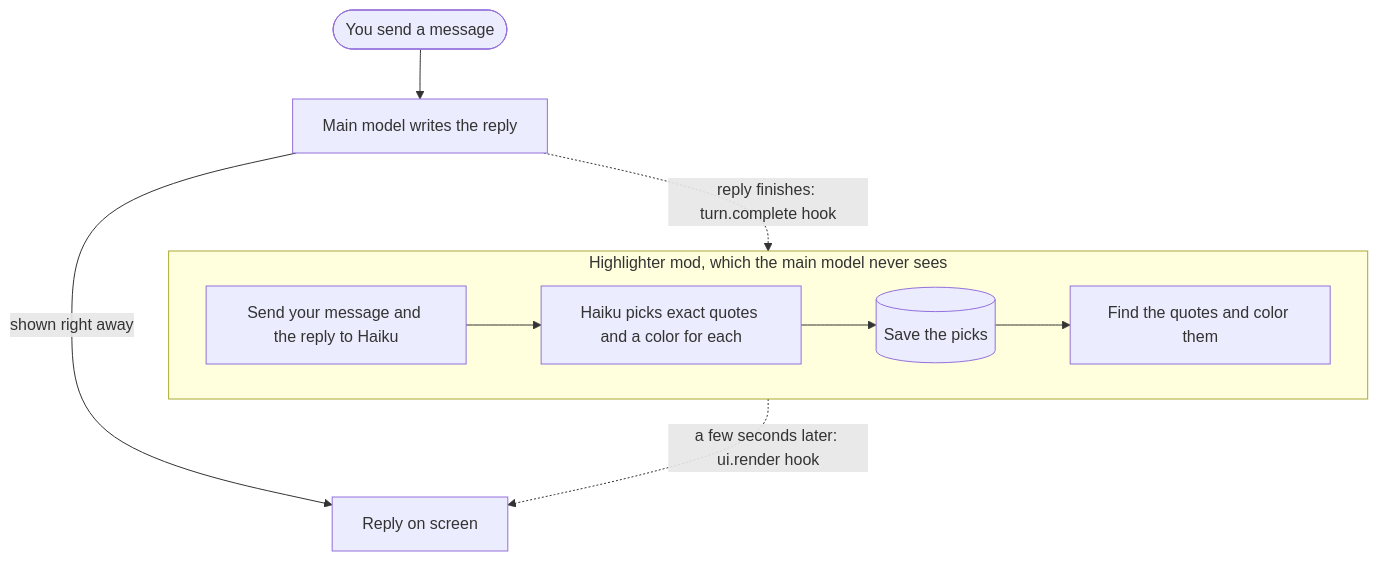
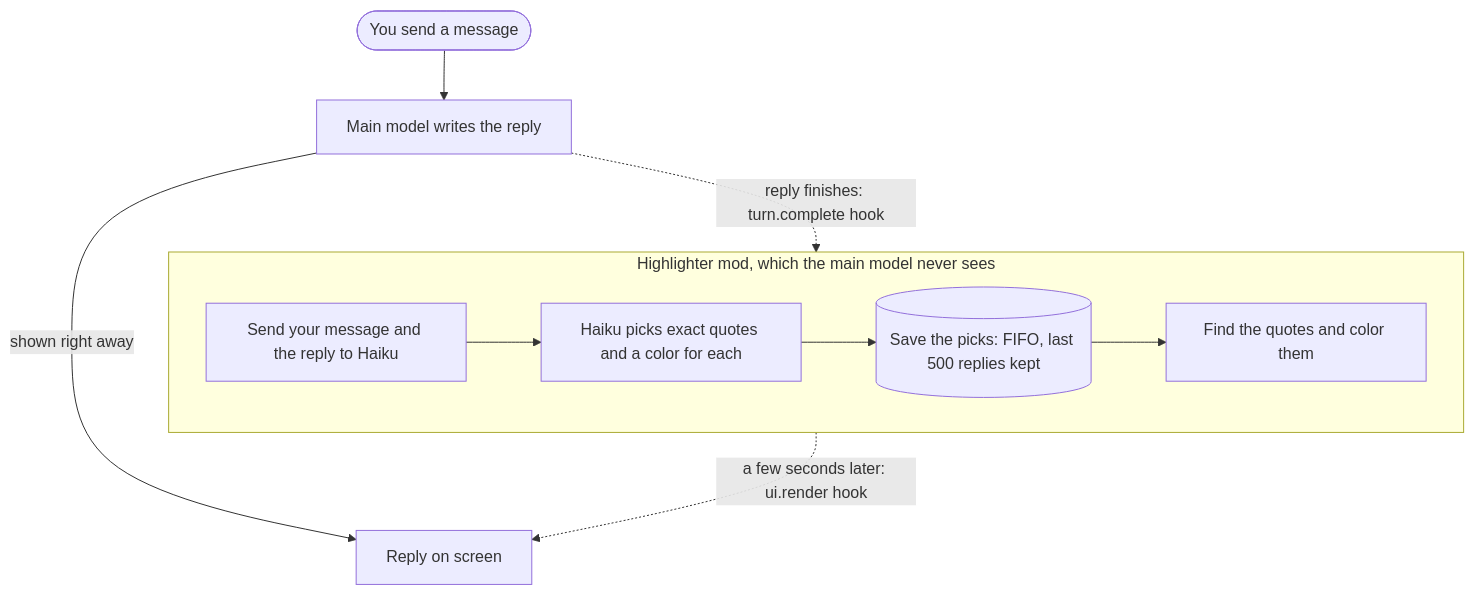
Before and after one commit to ParkerCai/highlighter: the diagram in README.md, drawn with Mermaid. The commit also changed other lines of this file and 3 other files, not shown here.

First line of the commit message:
Keep the last 500 replies and explain the store's FIFO in the docs

````diff
--- a/README.md
+++ b/README.md
@@ -33,11 +33,11 @@
 ```mermaid
 flowchart TD
     you([You send a message]) --> main[Main model writes the reply]
     main -->|shown right away| screen[Reply on screen]
     main -.->|reply finishes: turn.complete hook| mod
     subgraph mod [Highlighter mod, which the main model never sees]
         direction LR
-        pick[Send your message and the reply to Haiku] --> haiku[Haiku picks exact quotes and a color for each] --> save[(Save the picks)] --> paint[Find the quotes and color them]
+        pick[Send your message and the reply to Haiku] --> haiku[Haiku picks exact quotes and a color for each] --> save[(Save the picks: FIFO, last 500 replies kept)] --> paint[Find the quotes and color them]
     end
     mod -.->|a few seconds later: ui.render hook| screen
 ```
````
